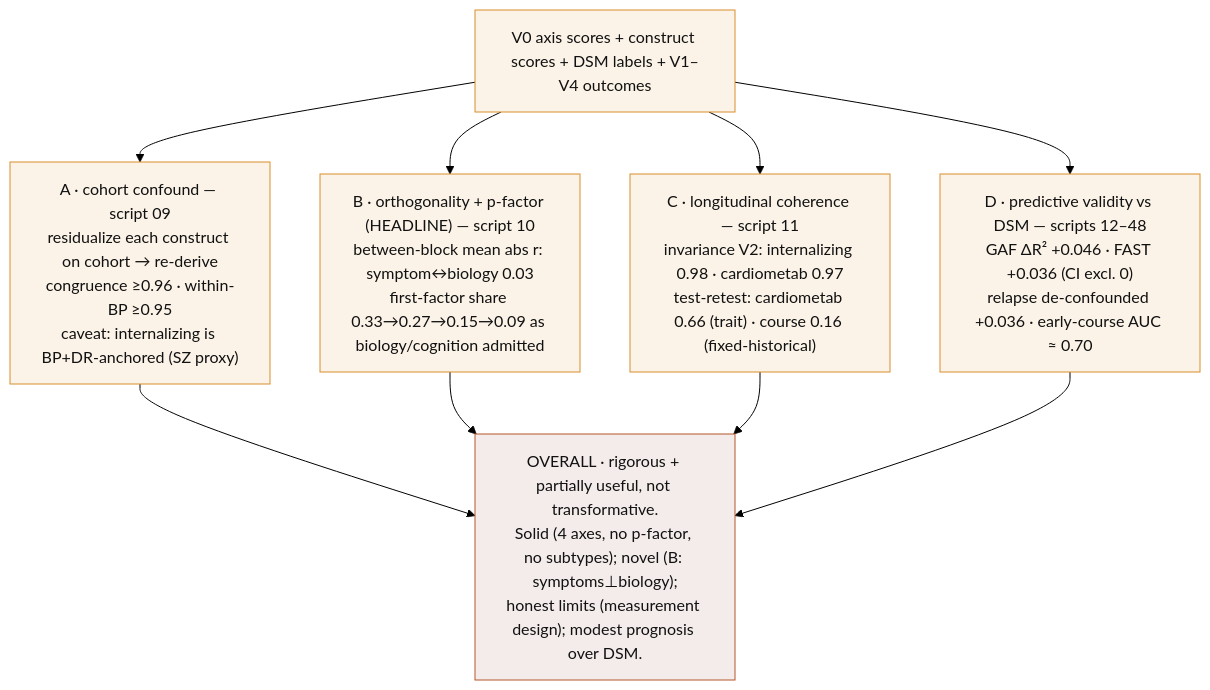
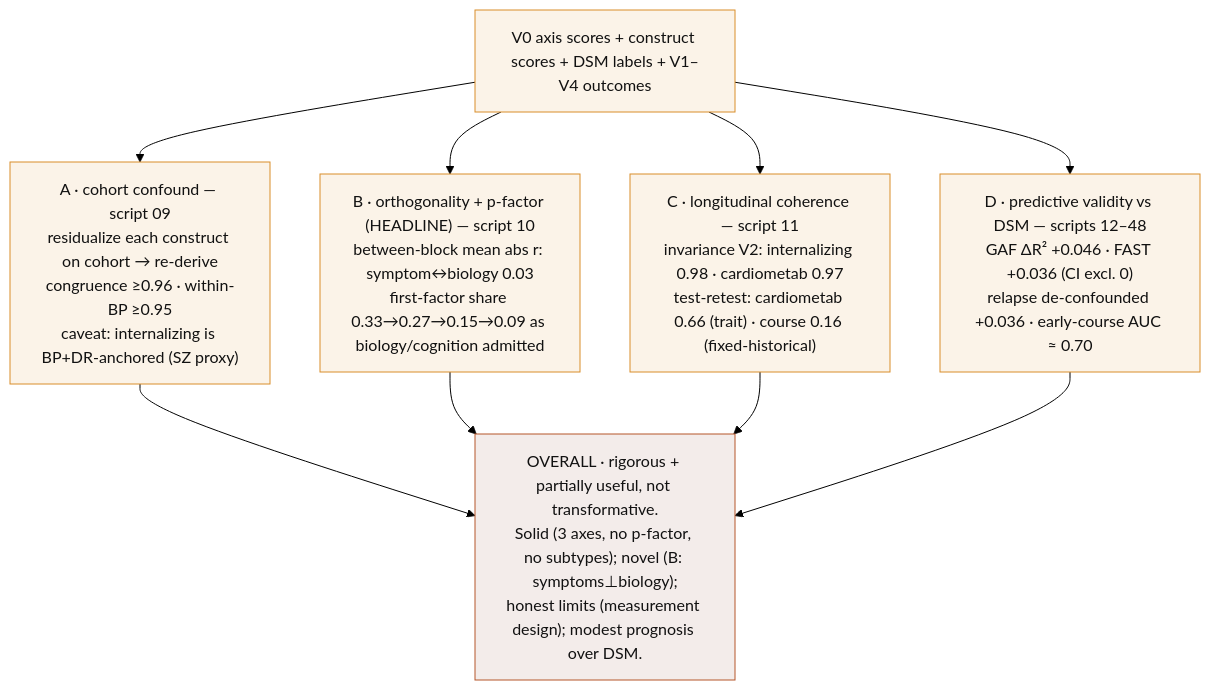
One commit to AndriiKulakovskyi/face-trans-diagnostic-phenotypes changed the ninth of 10 diagrams in docs/PIPELINE.md. Above: the diagram before and after it, drawn with Mermaid (forest theme). The commit also changed other lines of this file and 24 other files, not shown here.

````diff
--- a/docs/PIPELINE.md
+++ b/docs/PIPELINE.md
@@ -264,20 +264,20 @@
 ```mermaid
 flowchart TB
     classDef val fill:#FBF3E8,stroke:#D98E2B,color:#111
     classDef out fill:#F3ECEA,stroke:#B5562B,color:#111
     AX["V0 axis scores + construct scores + DSM labels + V1–V4 outcomes"]:::val
     AX --> A
     AX --> B
     AX --> C
     AX --> D
 
     A["A · cohort confound — script 09<br/>residualize each construct on cohort → re-derive<br/>congruence ≥0.96 · within-BP ≥0.95<br/>caveat: internalizing is BP+DR-anchored (SZ proxy)"]:::val
     B["B · orthogonality + p-factor (HEADLINE) — script 10<br/>between-block mean abs r: symptom↔biology 0.03<br/>first-factor share 0.33→0.27→0.15→0.09 as biology/cognition admitted"]:::val
     C["C · longitudinal coherence — script 11<br/>invariance V2: internalizing 0.98 · cardiometab 0.97<br/>test-retest: cardiometab 0.66 (trait) · course 0.16 (fixed-historical)"]:::val
     D["D · predictive validity vs DSM — scripts 12–48<br/>GAF ΔR² +0.046 · FAST +0.036 (CI excl. 0)<br/>relapse de-confounded +0.036 · early-course AUC ≈ 0.70"]:::val
 
-    A --> VV["OVERALL · rigorous + partially useful, not transformative.<br/>Solid (4 axes, no p-factor, no subtypes); novel (B: symptoms⊥biology);<br/>honest limits (measurement design); modest prognosis over DSM."]:::out
+    A --> VV["OVERALL · rigorous + partially useful, not transformative.<br/>Solid (3 axes, no p-factor, no subtypes); novel (B: symptoms⊥biology);<br/>honest limits (measurement design); modest prognosis over DSM."]:::out
     B --> VV
     C --> VV
     D --> VV
 ```
````
